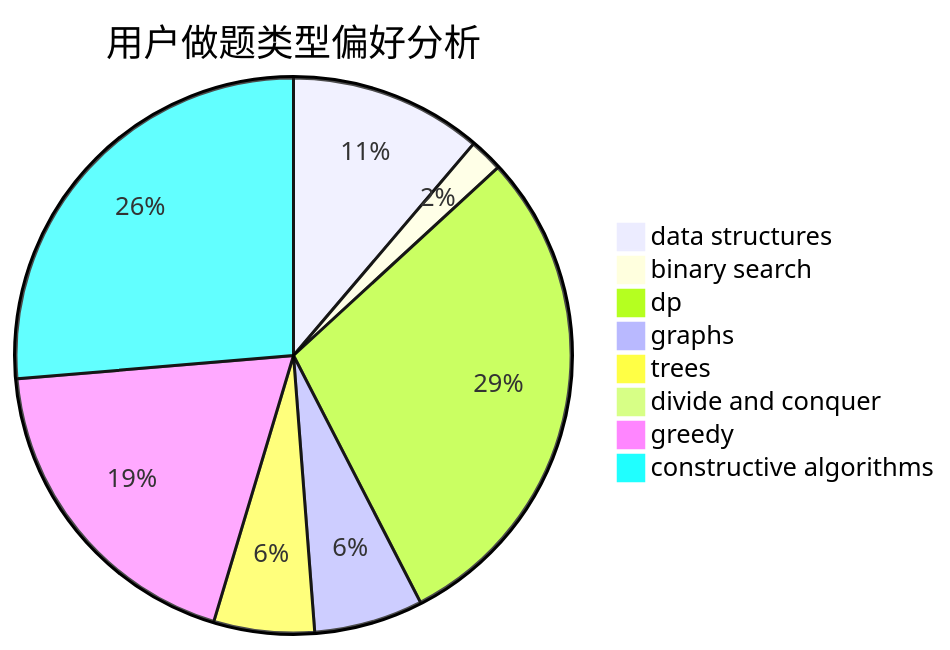
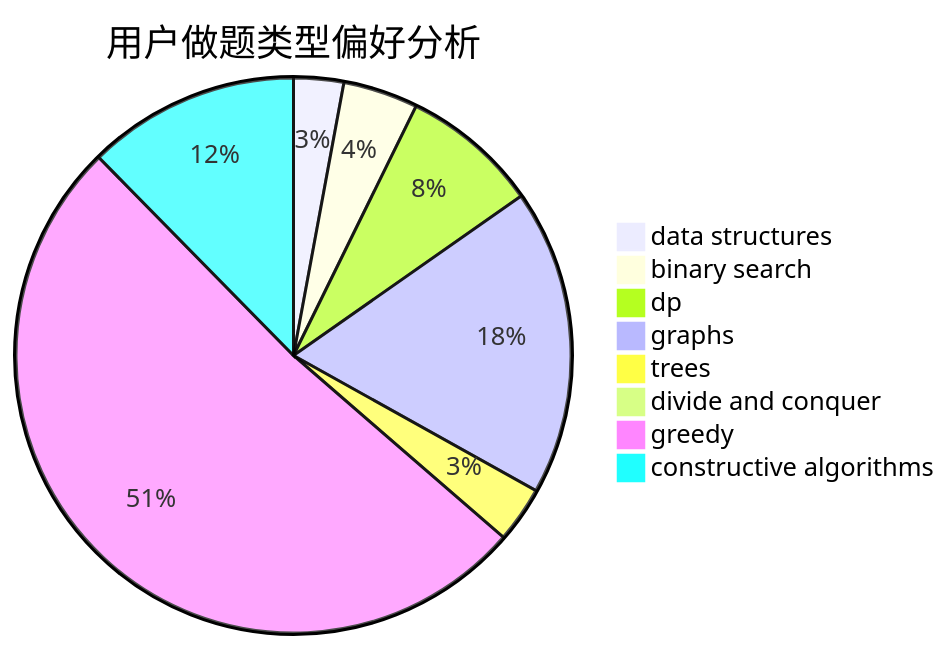
One commit to sherpahu/cfrs.github.io changed the second of 3 diagrams in docs/user/u2727.md. Above: the diagram before and after it, drawn with Mermaid. The commit also changed other lines of this file and 2770 other files, not shown here.

````diff
--- a/docs/user/u2727.md
+++ b/docs/user/u2727.md
@@ -23,11 +23,11 @@
 ```mermaid
 pie title 用户做题类型偏好分析
-    "data structures" :  23
-    "binary search" :  4
-    "dp" :  60
-    "graphs" :  13
-    "trees" :  12
-    "divide and conquer" :  0
-    "greedy" :  39
-    "constructive algorithms" :  54
+    "data structures" :  8
+    "binary search" :  12
+    "dp" :  22
+    "graphs" :  49
+    "trees" :  9
+    "divide and conquer" :  1
+    "greedy" :  141
+    "constructive algorithms" :  34
 ```
````
